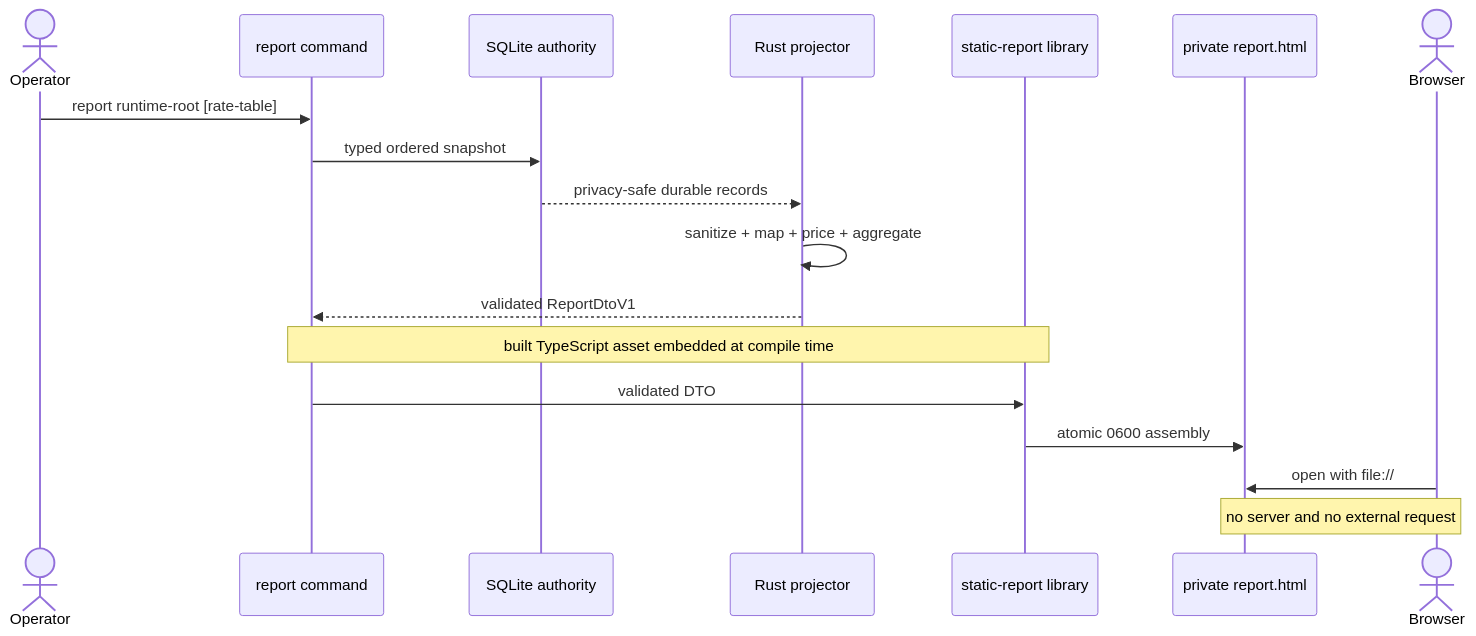
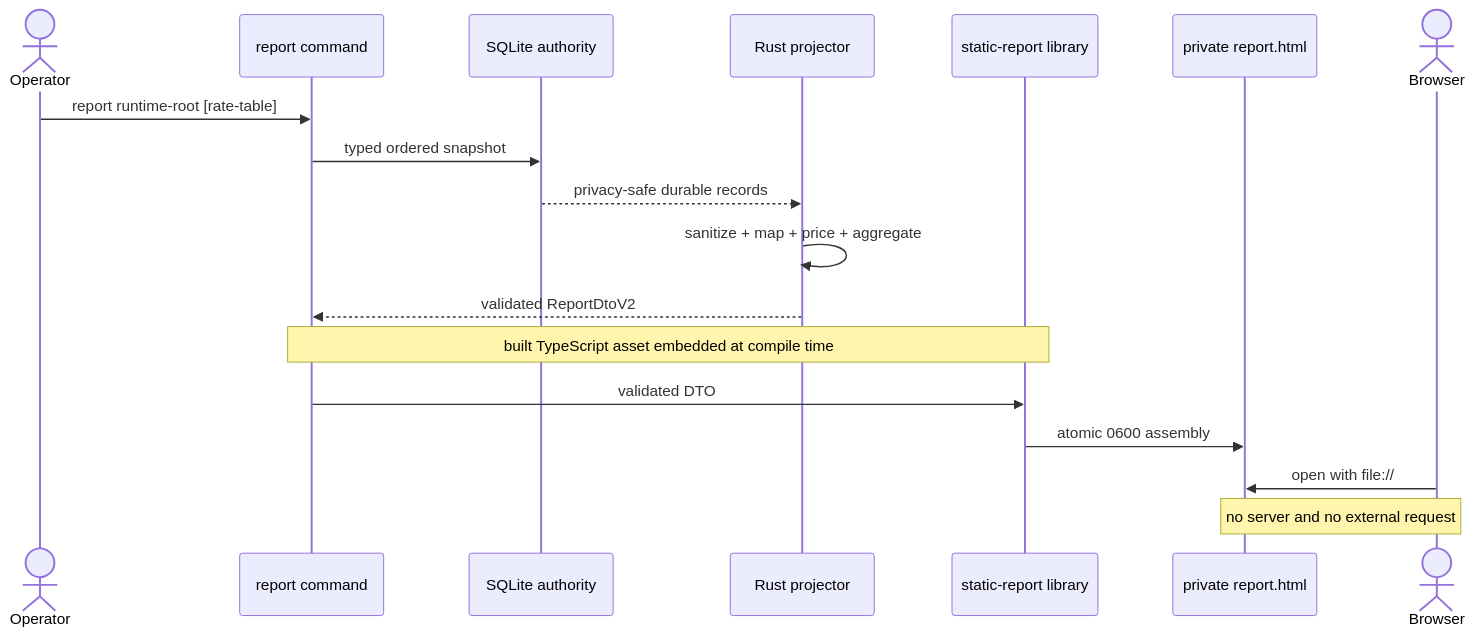
The sixth of 8 diagrams in docs/COLLECTION_FLOW.md (MCprotein/agent-observability), drawn with Mermaid before and after one commit. The commit also changed 55 other files, not shown here.

````diff
--- a/docs/COLLECTION_FLOW.md
+++ b/docs/COLLECTION_FLOW.md
@@ -234,21 +234,21 @@
 ```mermaid
 sequenceDiagram
     actor Operator
     participant CLI as report command
     participant Store as SQLite authority
     participant App as Rust projector
     participant Assembler as static-report library
     participant HTML as private report.html
     actor Browser
 
     Operator->>CLI: report runtime-root [rate-table]
     CLI->>Store: typed ordered snapshot
     Store-->>App: privacy-safe durable records
     App->>App: sanitize + map + price + aggregate
-    App-->>CLI: validated ReportDtoV1
+    App-->>CLI: validated ReportDtoV2
     Note over CLI,Assembler: built TypeScript asset embedded at compile time
     CLI->>Assembler: validated DTO
     Assembler->>HTML: atomic 0600 assembly
     Browser->>HTML: open with file://
     Note over Browser,HTML: no server and no external request
 ```
````
